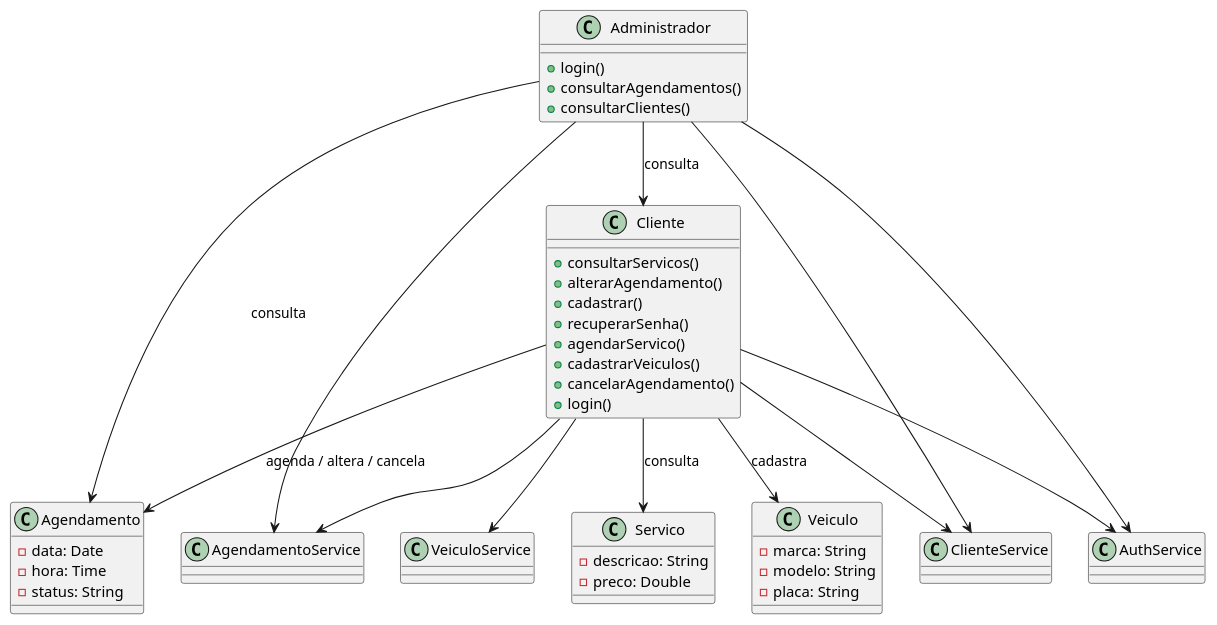
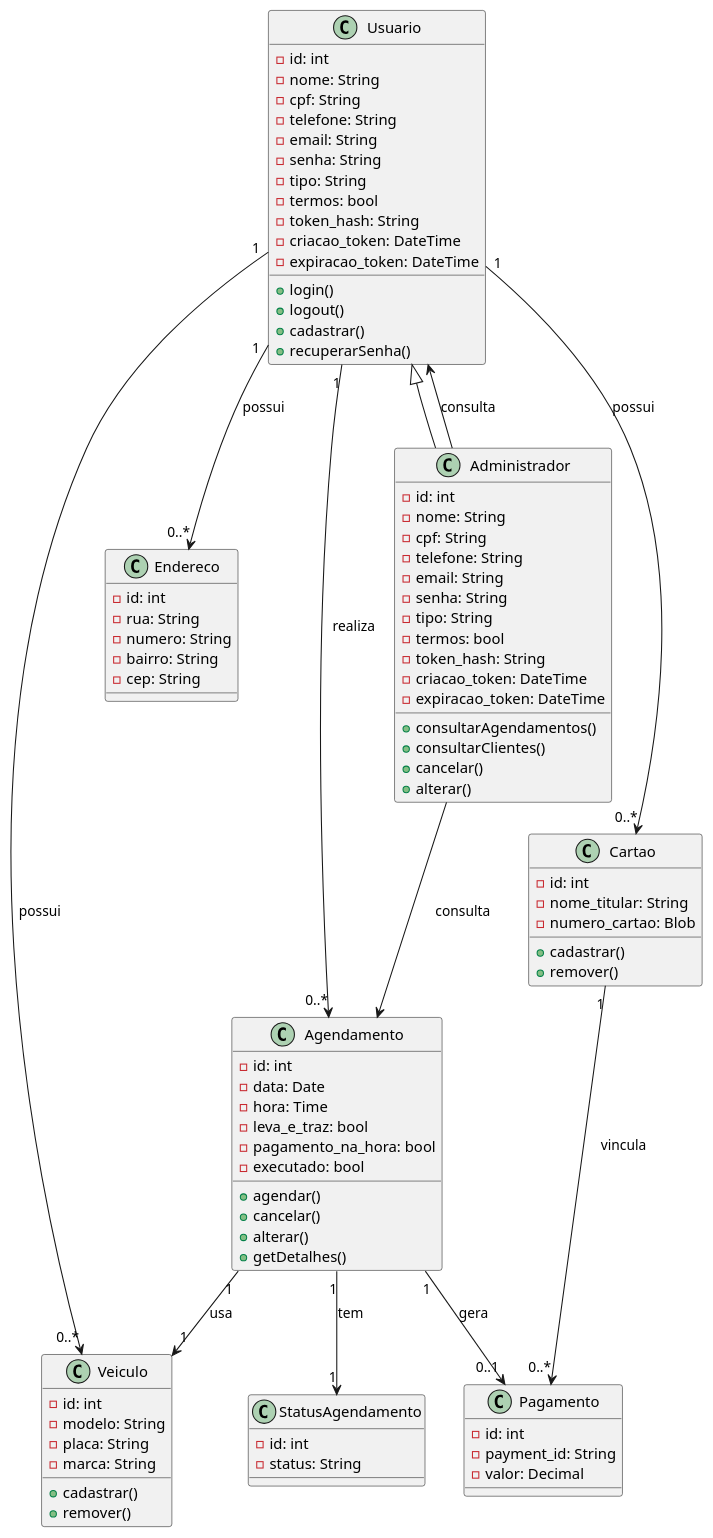
Before and after one commit to Lucas-Ed/Pi-2-semestre: the diagram in Diagramas/classe.plantuml, drawn with PlantUML. The commit also changed 18 other files, not shown here.

```diff
--- a/Diagramas/classe.plantuml
+++ b/Diagramas/classe.plantuml
@@ -1,55 +1,114 @@
 @startuml
-class Cliente {
-  +consultarServicos()
-  +alterarAgendamento()
+
+' ====== CLASSE BASE ======
+class Usuario {
+  -id: int
+  -nome: String
+  -cpf: String
+  -telefone: String
+  -email: String
+  -senha: String
+  -tipo: String
+  -termos: bool
+  -token_hash: String
+  -criacao_token: DateTime
+  -expiracao_token: DateTime
+
+  +login()
+  +logout()
   +cadastrar()
   +recuperarSenha()
-  +agendarServico()
-  +cadastrarVeiculos()
-  +cancelarAgendamento()
-  +login()
 }
 
+' ====== HERANÇA ======
 class Administrador {
-  +login()
+  -id: int
+  -nome: String
+  -cpf: String
+  -telefone: String
+  -email: String
+  -senha: String
+  -tipo: String
+  -termos: bool
+  -token_hash: String
+  -criacao_token: DateTime
+  -expiracao_token: DateTime
+
   +consultarAgendamentos()
   +consultarClientes()
+  +cancelar()
+  +alterar()
 }
 
-class Servico {
-  -descricao: String
-  -preco: Double
+Usuario <|-- Administrador
+
+' ====== DEMAIS CLASSES ======
+
+class Endereco {
+  -id: int
+  -rua: String
+  -numero: String
+  -bairro: String
+  -cep: String
+}
+
+class Veiculo {
+  -id: int
+  -modelo: String
+  -placa: String
+  -marca: String
+
+  +cadastrar()
+  +remover()
+}
+
+class Cartao {
+  -id: int
+  -nome_titular: String
+  -numero_cartao: Blob
+
+  +cadastrar()
+  +remover()
 }
 
 class Agendamento {
+  -id: int
   -data: Date
   -hora: Time
+  -leva_e_traz: bool
+  -pagamento_na_hora: bool
+  -executado: bool
+
+  +agendar()
+  +cancelar()
+  +alterar()
+  +getDetalhes()
+}
+
+class Pagamento {
+  -id: int
+  -payment_id: String
+  -valor: Decimal
+}
+
+class StatusAgendamento {
+  -id: int
   -status: String
 }
 
-class Veiculo {
-  -marca: String
-  -modelo: String
-  -placa: String
-}
+' ====== RELACIONAMENTOS ======
 
-class ClienteService
-class AgendamentoService
-class VeiculoService
-class AuthService
+Usuario "1" --> "0..*" Endereco : possui
+Usuario "1" --> "0..*" Veiculo : possui
+Usuario "1" --> "0..*" Cartao : possui
+Usuario "1" --> "0..*" Agendamento : realiza
 
-Cliente --> Servico : consulta
-Cliente --> Agendamento : agenda / altera / cancela
-Cliente --> Veiculo : cadastra
+Agendamento "1" --> "1" Veiculo : usa
+Agendamento "1" --> "0..1" Pagamento : gera
+Agendamento "1" --> "1" StatusAgendamento : tem
+Cartao "1" --> "0..*" Pagamento : vincula
+
 Administrador --> Agendamento : consulta
-Administrador --> Cliente : consulta
-
-Cliente --> ClienteService
-Administrador --> ClienteService
-Cliente --> AgendamentoService
-Administrador --> AgendamentoService
-Cliente --> VeiculoService
-Cliente --> AuthService
-Administrador --> AuthService
+Administrador --> Usuario : consulta
 
 @enduml
```
